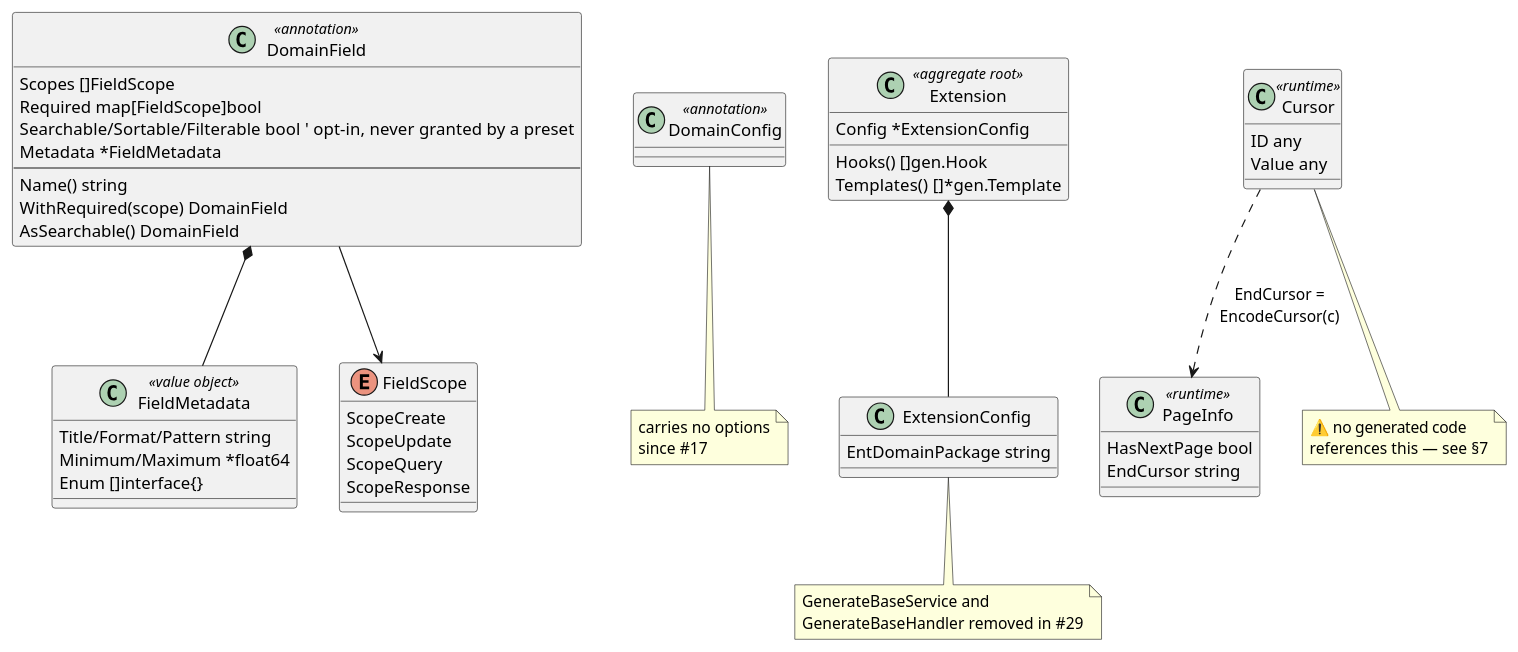
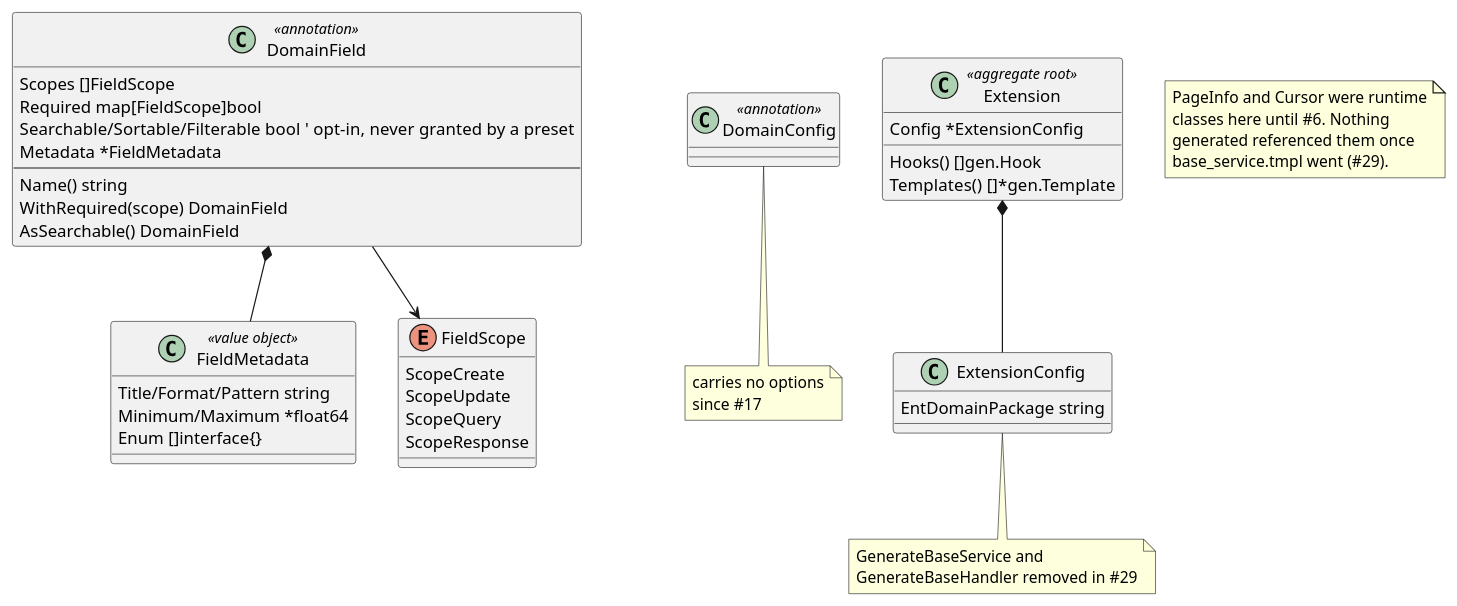
The third of 5 diagrams in ARCHITECTURE.md (githonllc/entapi), drawn with PlantUML before and after one commit. The commit also changed other lines of this file and 30 other files, not shown here.

````diff
--- a/ARCHITECTURE.md
+++ b/ARCHITECTURE.md
@@ -134,51 +134,47 @@
 ```plantuml
 @startuml
 skinparam classAttributeIconSize 0
 class DomainField <<annotation>> {
   Scopes []FieldScope
   Required map[FieldScope]bool
   Searchable/Sortable/Filterable bool  ' opt-in, never granted by a preset
   Metadata *FieldMetadata
   --
   Name() string
   WithRequired(scope) DomainField
   AsSearchable() DomainField
 }
 class FieldMetadata <<value object>> {
   Title/Format/Pattern string
   Minimum/Maximum *float64
   Enum []interface{}
 }
 enum FieldScope {
   ScopeCreate
   ScopeUpdate
   ScopeQuery
   ScopeResponse
 }
 class DomainConfig <<annotation>> {
 }
 note bottom of DomainConfig : carries no options\nsince #17
 class Extension <<aggregate root>> {
   Config *ExtensionConfig
   Hooks() []gen.Hook
   Templates() []*gen.Template
 }
 class ExtensionConfig {
   EntDomainPackage string
 }
 note bottom of ExtensionConfig : GenerateBaseService and\nGenerateBaseHandler removed in #29
-class PageInfo <<runtime>> {
-  HasNextPage bool
-  EndCursor string
-}
-class Cursor <<runtime>> {
-  ID any
-  Value any
-}
 DomainField *-- FieldMetadata
 DomainField --> FieldScope
 Extension *-- ExtensionConfig
-Cursor ..> PageInfo : EndCursor =\nEncodeCursor(c)
-note bottom of Cursor : ⚠️ no generated code\nreferences this — see §7
+note as N6
+  PageInfo and Cursor were runtime
+  classes here until #6. Nothing
+  generated referenced them once
+  base_service.tmpl went (#29).
+end note
 @enduml
 ```
````
